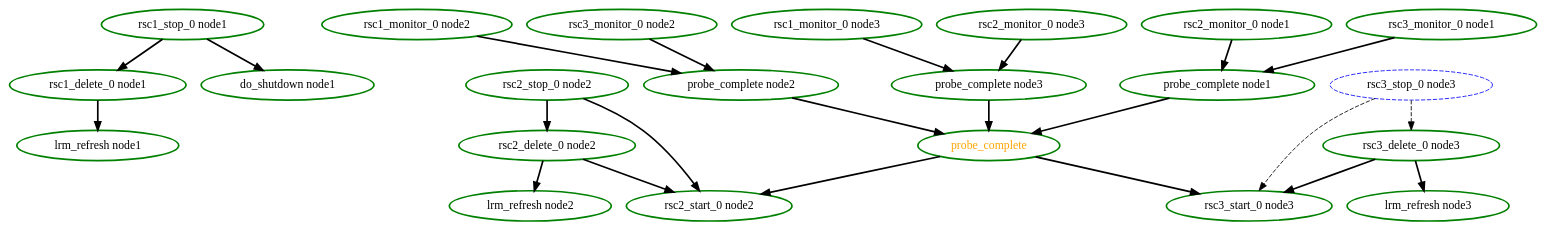
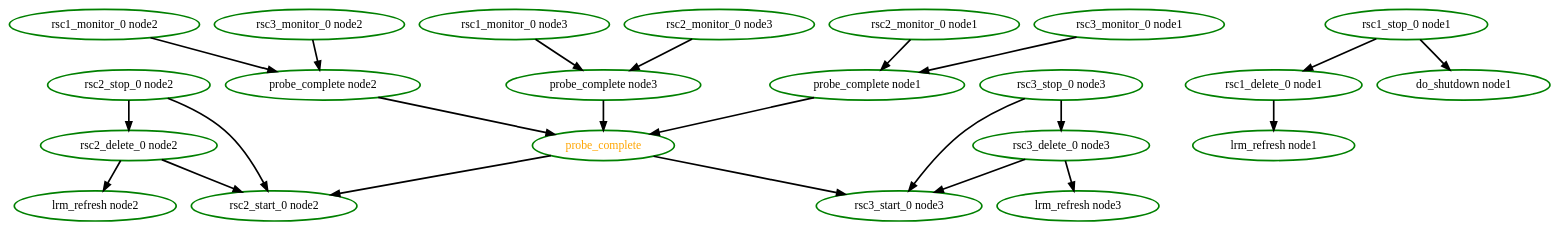
The diagram in crm/pengine/testcases/params-2.dot (richiewen8/heartbeat), drawn with Graphviz before and after one commit. The commit also changed 42 other files, not shown here.

```diff
--- a/crm/pengine/testcases/params-2.dot
+++ b/crm/pengine/testcases/params-2.dot
@@ -1,47 +1,47 @@
 digraph "g" {
 	size = "30,30"
-"rsc1_stop_0 node1" [ style=bold color="green" fontcolor="black" ]
-"rsc1_delete_0 node1" [ style=bold color="green" fontcolor="black" ]
-"lrm_refresh node1" [ style=bold color="green" fontcolor="black" ]
-"rsc2_stop_0 node2" [ style=bold color="green" fontcolor="black" ]
-"rsc2_delete_0 node2" [ style=bold color="green" fontcolor="black" ]
-"lrm_refresh node2" [ style=bold color="green" fontcolor="black" ]
-"rsc3_stop_0 node3" [ style="dashed" color="blue" fontcolor="black" ]
-"rsc3_delete_0 node3" [ style=bold color="green" fontcolor="black" ]
-"lrm_refresh node3" [ style=bold color="green" fontcolor="black" ]
 "probe_complete" [ style=bold color="green" fontcolor="orange" ]
 "probe_complete node1" [ style=bold color="green" fontcolor="black" ]
 "rsc2_monitor_0 node1" [ style=bold color="green" fontcolor="black" ]
 "rsc3_monitor_0 node1" [ style=bold color="green" fontcolor="black" ]
 "probe_complete node2" [ style=bold color="green" fontcolor="black" ]
 "rsc1_monitor_0 node2" [ style=bold color="green" fontcolor="black" ]
 "rsc3_monitor_0 node2" [ style=bold color="green" fontcolor="black" ]
 "probe_complete node3" [ style=bold color="green" fontcolor="black" ]
 "rsc1_monitor_0 node3" [ style=bold color="green" fontcolor="black" ]
 "rsc2_monitor_0 node3" [ style=bold color="green" fontcolor="black" ]
+"rsc1_stop_0 node1" [ style=bold color="green" fontcolor="black" ]
+"rsc1_delete_0 node1" [ style=bold color="green" fontcolor="black" ]
+"lrm_refresh node1" [ style=bold color="green" fontcolor="black" ]
+"rsc2_stop_0 node2" [ style=bold color="green" fontcolor="black" ]
+"rsc2_delete_0 node2" [ style=bold color="green" fontcolor="black" ]
+"lrm_refresh node2" [ style=bold color="green" fontcolor="black" ]
+"rsc3_stop_0 node3" [ style=bold color="green" fontcolor="black" ]
+"rsc3_delete_0 node3" [ style=bold color="green" fontcolor="black" ]
+"lrm_refresh node3" [ style=bold color="green" fontcolor="black" ]
 "rsc2_start_0 node2" [ style=bold color="green" fontcolor="black" ]
 "rsc3_start_0 node3" [ style=bold color="green" fontcolor="black" ]
 "do_shutdown node1" [ style=bold color="green" fontcolor="black" ]
-"rsc1_stop_0 node1" -> "rsc1_delete_0 node1" [ style = bold]
-"rsc1_delete_0 node1" -> "lrm_refresh node1" [ style = bold]
-"rsc2_stop_0 node2" -> "rsc2_delete_0 node2" [ style = bold]
-"rsc2_delete_0 node2" -> "lrm_refresh node2" [ style = bold]
-"rsc3_stop_0 node3" -> "rsc3_delete_0 node3" [ style = dashed]
-"rsc3_delete_0 node3" -> "lrm_refresh node3" [ style = bold]
 "probe_complete node1" -> "probe_complete" [ style = bold]
 "probe_complete node2" -> "probe_complete" [ style = bold]
 "probe_complete node3" -> "probe_complete" [ style = bold]
 "rsc2_monitor_0 node1" -> "probe_complete node1" [ style = bold]
 "rsc3_monitor_0 node1" -> "probe_complete node1" [ style = bold]
 "rsc1_monitor_0 node2" -> "probe_complete node2" [ style = bold]
 "rsc3_monitor_0 node2" -> "probe_complete node2" [ style = bold]
 "rsc1_monitor_0 node3" -> "probe_complete node3" [ style = bold]
 "rsc2_monitor_0 node3" -> "probe_complete node3" [ style = bold]
+"rsc1_stop_0 node1" -> "rsc1_delete_0 node1" [ style = bold]
+"rsc1_delete_0 node1" -> "lrm_refresh node1" [ style = bold]
+"rsc2_stop_0 node2" -> "rsc2_delete_0 node2" [ style = bold]
+"rsc2_delete_0 node2" -> "lrm_refresh node2" [ style = bold]
+"rsc3_stop_0 node3" -> "rsc3_delete_0 node3" [ style = bold]
+"rsc3_delete_0 node3" -> "lrm_refresh node3" [ style = bold]
+"probe_complete" -> "rsc2_start_0 node2" [ style = bold]
 "rsc2_stop_0 node2" -> "rsc2_start_0 node2" [ style = bold]
 "rsc2_delete_0 node2" -> "rsc2_start_0 node2" [ style = bold]
-"probe_complete" -> "rsc2_start_0 node2" [ style = bold]
-"rsc3_stop_0 node3" -> "rsc3_start_0 node3" [ style = dashed]
+"probe_complete" -> "rsc3_start_0 node3" [ style = bold]
+"rsc3_stop_0 node3" -> "rsc3_start_0 node3" [ style = bold]
 "rsc3_delete_0 node3" -> "rsc3_start_0 node3" [ style = bold]
-"probe_complete" -> "rsc3_start_0 node3" [ style = bold]
 "rsc1_stop_0 node1" -> "do_shutdown node1" [ style = bold]
 }
```
